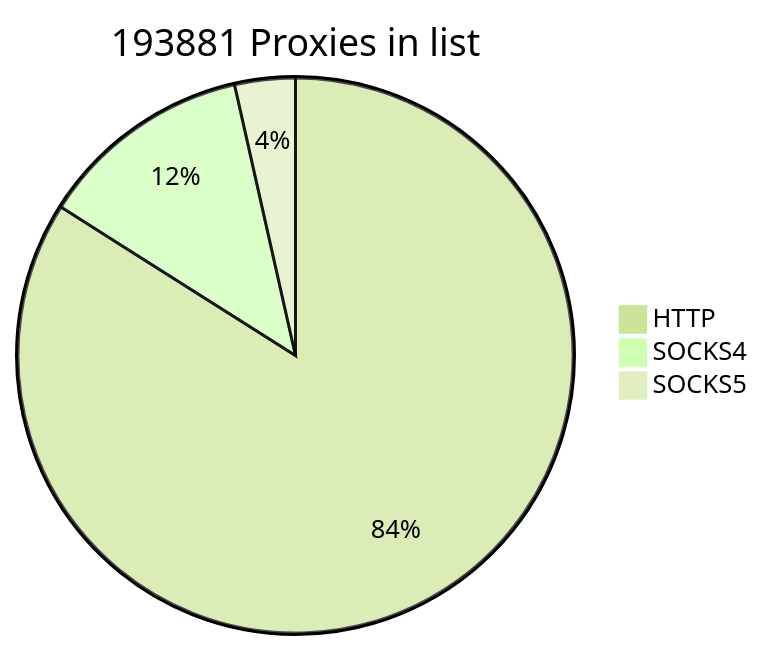
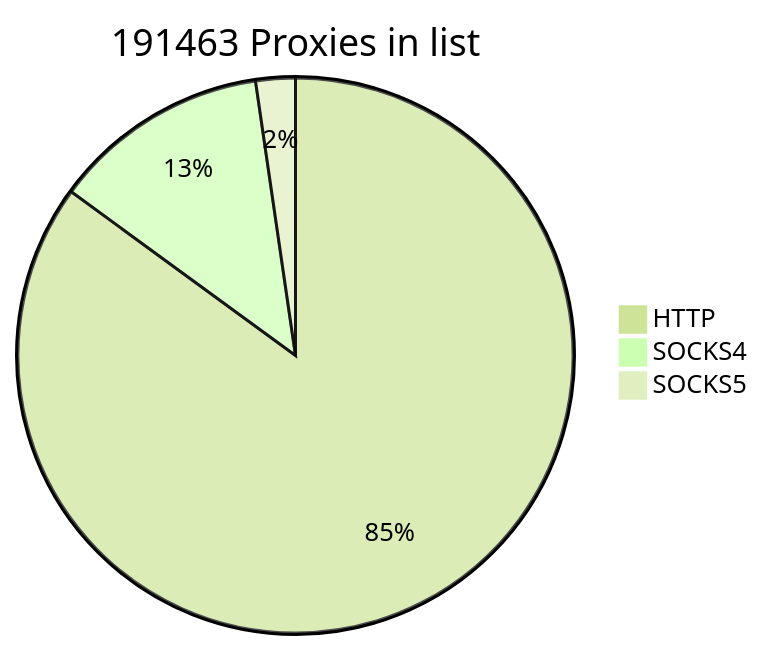
One commit to cutipu/proxylist changed the first of 2 diagrams in README.md. Above: the diagram before and after it, drawn with Mermaid (forest theme). The commit also changed other lines of this file, not shown here.

````diff
--- a/README.md
+++ b/README.md
@@ -2,7 +2,7 @@
 ```mermaid
-pie title 193881 Proxies in list
-    "HTTP" : 162823
+pie title 191463 Proxies in list
+    "HTTP" : 162824
     "SOCKS4" : 24228
-    "SOCKS5" : 6830
+    "SOCKS5" : 4411
             
 ```
````
